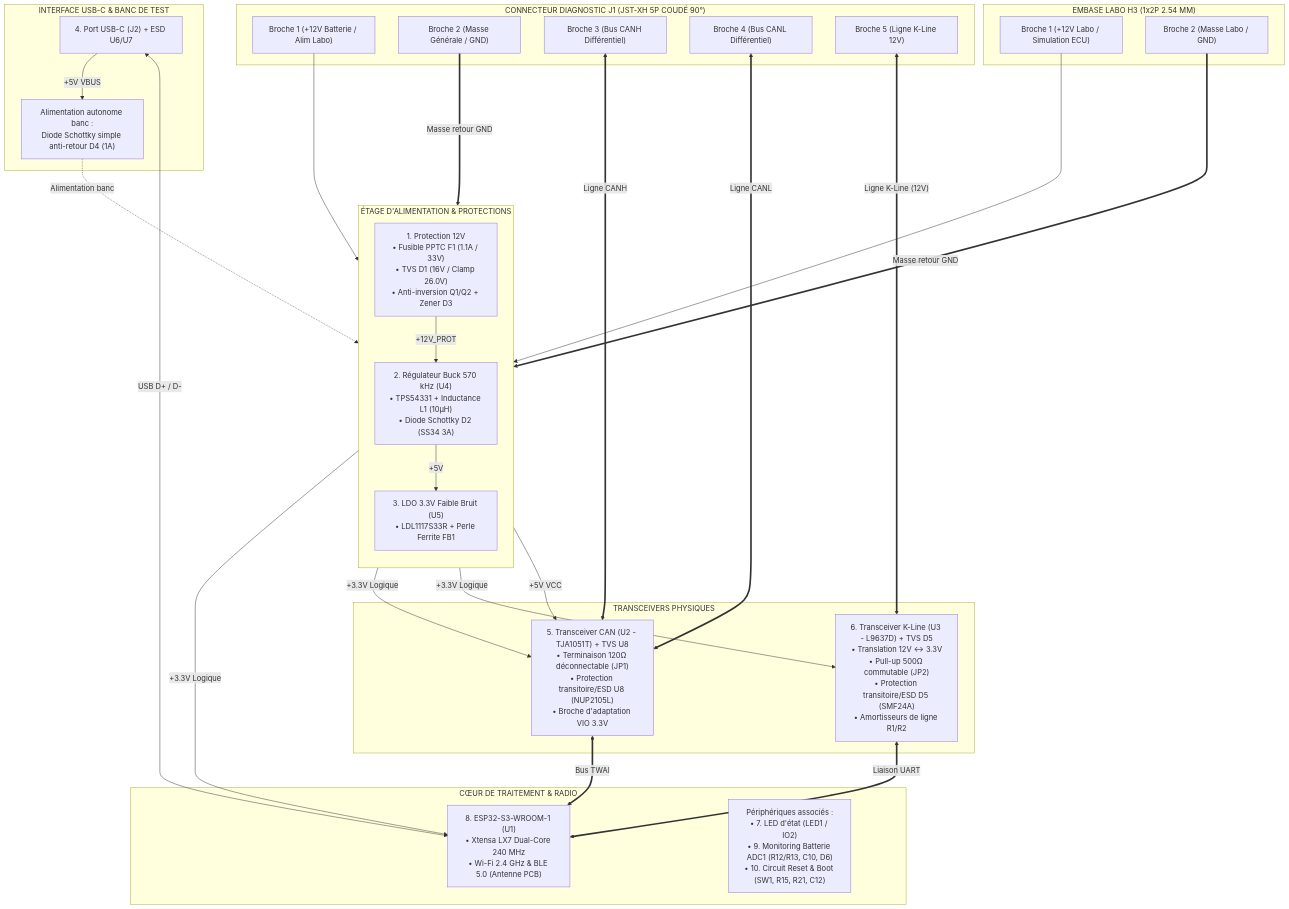
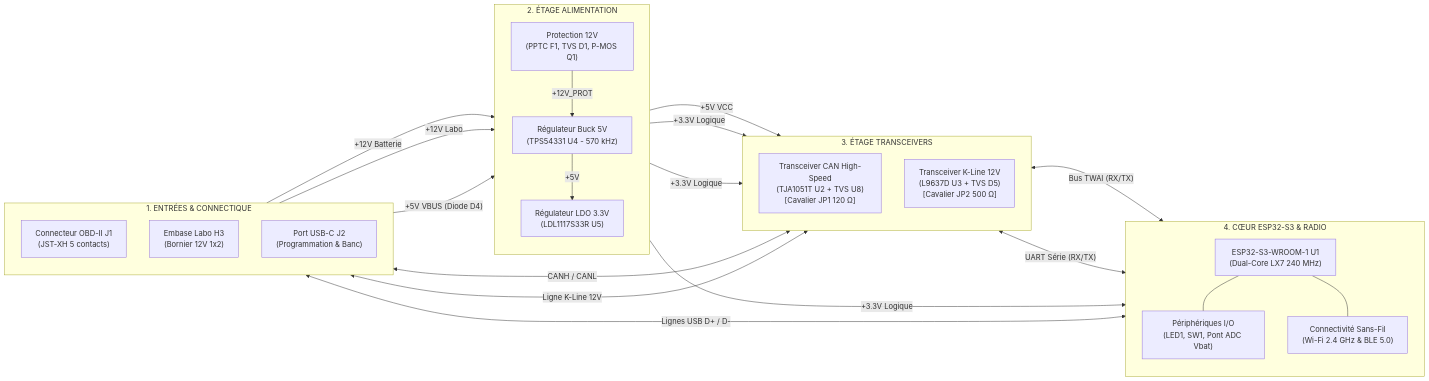
The diagram in readme.md (nitrogene/OBD2), drawn with Mermaid before and after one commit. The commit also changed other lines of this file and 14 other files, not shown here.

First line of the commit message:
docs(readme): refonte de l'architecture Mermaid LR et des fiches normatives, rationalisation 3D

````diff
--- a/readme.md
+++ b/readme.md
@@ -99,69 +170,49 @@
 ```mermaid
-%%{init: {
-  'themeVariables': {
-    'fontFamily': 'Consolas, "Courier New", monospace',
-    'fontSize': '12px'
-  },
-  'flowchart': {
-    'curve': 'stepBefore',
-    'nodeSpacing': 30,
-    'rankSpacing': 40
-  }
-}}%%
-flowchart TD
-    subgraph J1_BLOCK["CONNECTEUR DIAGNOSTIC J1 (JST-XH 5P COUDÉ 90°)"]
-        PIN1["Broche 1 (+12V Batterie / Alim Labo)"]
-        PIN2["Broche 2 (Masse Générale / GND)"]
-        PIN3["Broche 3 (Bus CANH Différentiel)"]
-        PIN4["Broche 4 (Bus CANL Différentiel)"]
-        PIN5["Broche 5 (Ligne K-Line 12V)"]
+flowchart LR
+    subgraph IN["1. ENTRÉES & CONNECTIQUE"]
+        direction TB
+        J1["Connecteur OBD-II J1\n(JST-XH 5 contacts)"]
+        H3["Embase Labo H3\n(Bornier 12V 1x2)"]
+        J2["Port USB-C J2\n(Programmation & Banc)"]
     end
 
-    subgraph H3_BLOCK["EMBASE LABO H3 (1x2P 2.54 MM)"]
-        H3_1["Broche 1 (+12V Labo / Simulation ECU)"]
-        H3_2["Broche 2 (Masse Labo / GND)"]
-    end
-
-    subgraph POWER["ÉTAGE D'ALIMENTATION & PROTECTIONS"]
+    subgraph PWR["2. ÉTAGE ALIMENTATION"]
         direction TB
-        F1["1. Protection 12V\n• Fusible PPTC F1 (1.1A / 33V)\n• TVS D1 (16V / Clamp 26.0V)\n• Anti-inversion Q1/Q2 + Zener D3"]
-        BUCK["2. Régulateur Buck 570 kHz (U4)\n• TPS54331 + Inductance L1 (10µH)\n• Diode Schottky D2 (SS34 3A)"]
-        LDO["3. LDO 3.3V Faible Bruit (U5)\n• LDL1117S33R + Perle Ferrite FB1"]
-        F1 -->|"+12V_PROT"| BUCK
+        PROT["Protection 12V\n(PPTC F1, TVS D1, P-MOS Q1)"]
+        BUCK["Régulateur Buck 5V\n(TPS54331 U4 - 570 kHz)"]
+        LDO["Régulateur LDO 3.3V\n(LDL1117S33R U5)"]
+        PROT -->|"+12V_PROT"| BUCK
         BUCK -->|"+5V"| LDO
     end
 
-    subgraph TRANSCEIVERS["TRANSCEIVERS PHYSIQUES"]
-        CAN_IC["5. Transceiver CAN (U2 - TJA1051T) + TVS U8\n• Terminaison 120Ω déconnectable (JP1)\n• Protection transitoire/ESD U8 (NUP2105L)\n• Broche d'adaptation VIO 3.3V"]
-        KLINE_IC["6. Transceiver K-Line (U3 - L9637D) + TVS D5\n• Translation 12V ↔ 3.3V\n• Pull-up 500Ω commutable (JP2)\n• Protection transitoire/ESD D5 (SMF24A)\n• Amortisseurs de ligne R1/R2"]
+    subgraph PHY["3. ÉTAGE TRANSCEIVERS"]
+        direction TB
+        CAN["Transceiver CAN High-Speed\n(TJA1051T U2 + TVS U8)\n[Cavalier JP1 120 Ω]"]
+        KLINE["Transceiver K-Line 12V\n(L9637D U3 + TVS D5)\n[Cavalier JP2 500 Ω]"]
     end
 
-    subgraph MCU["CŒUR DE TRAITEMENT & RADIO"]
-        ESP["8. ESP32-S3-WROOM-1 (U1)\n• Xtensa LX7 Dual-Core 240 MHz\n• Wi-Fi 2.4 GHz & BLE 5.0 (Antenne PCB)"]
-        PERIPH["Périphériques associés :\n• 7. LED d'état (LED1 / IO2)\n• 9. Monitoring Batterie ADC1 (R12/R13, C10, D6)\n• 10. Circuit Reset & Boot (SW1, R15, R21, C12)"]
+    subgraph MCU["4. CŒUR ESP32-S3 & RADIO"]
+        direction TB
+        ESP["ESP32-S3-WROOM-1 U1\n(Dual-Core LX7 240 MHz)"]
+        PERIPH["Périphériques I/O\n(LED1, SW1, Pont ADC Vbat)"]
+        RF["Connectivité Sans-Fil\n(Wi-Fi 2.4 GHz & BLE 5.0)"]
+        ESP --- PERIPH
+        ESP --- RF
     end
 
-    subgraph USB_DEBUG["INTERFACE USB-C & BANC DE TEST"]
-        USBC["4. Port USB-C (J2) + ESD U6/U7"]
-        D4["Alimentation autonome banc :\nDiode Schottky simple anti-retour D4 (1A)"]
-        USBC -->|"+5V VBUS"| D4
-        D4 -.->|Alimentation banc| BUCK
-        USBC <-->|"USB D+ / D-"| ESP
-    end
+    J1 -->|"+12V Batterie"| PROT
+    H3 -->|"+12V Labo"| PROT
+    J2 -->|"+5V VBUS (Diode D4)"| BUCK
 
-    PIN1 --> F1
-    H3_1 --> F1
-    PIN2 ===>|"Masse retour GND"| POWER
-    H3_2 ===>|"Masse retour GND"| POWER
-    PIN3 <==>|"Ligne CANH"| CAN_IC
-    PIN4 <==>|"Ligne CANL"| CAN_IC
-    PIN5 <==>|"Ligne K-Line (12V)"| KLINE_IC
+    BUCK -->|"+5V VCC"| CAN
+    LDO -->|"+3.3V Logique"| CAN
+    LDO -->|"+3.3V Logique"| KLINE
+    LDO -->|"+3.3V Logique"| ESP
 
-    LDO -->|"+3.3V Logique"| ESP
-    LDO -->|"+3.3V Logique"| CAN_IC
-    LDO -->|"+3.3V Logique"| KLINE_IC
-    BUCK -->|"+5V VCC"| CAN_IC
+    J1 <-->|"CANH / CANL"| CAN
+    J1 <-->|"Ligne K-Line 12V"| KLINE
 
-    CAN_IC <==>|"Bus TWAI"| ESP
-    KLINE_IC <==>|"Liaison UART"| ESP
+    CAN <-->|"Bus TWAI (RX/TX)"| ESP
+    KLINE <-->|"UART Série (RX/TX)"| ESP
+    J2 <-->|"Lignes USB D+ / D-"| ESP
 ```
````
